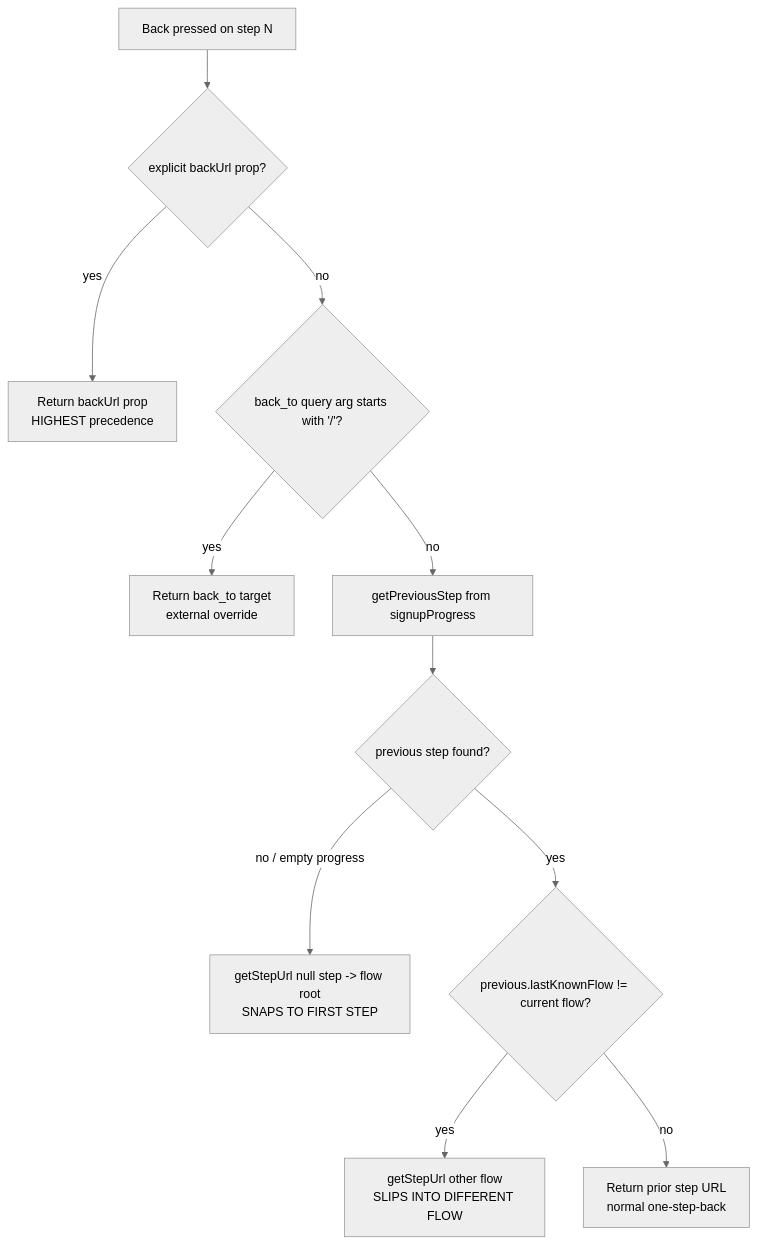
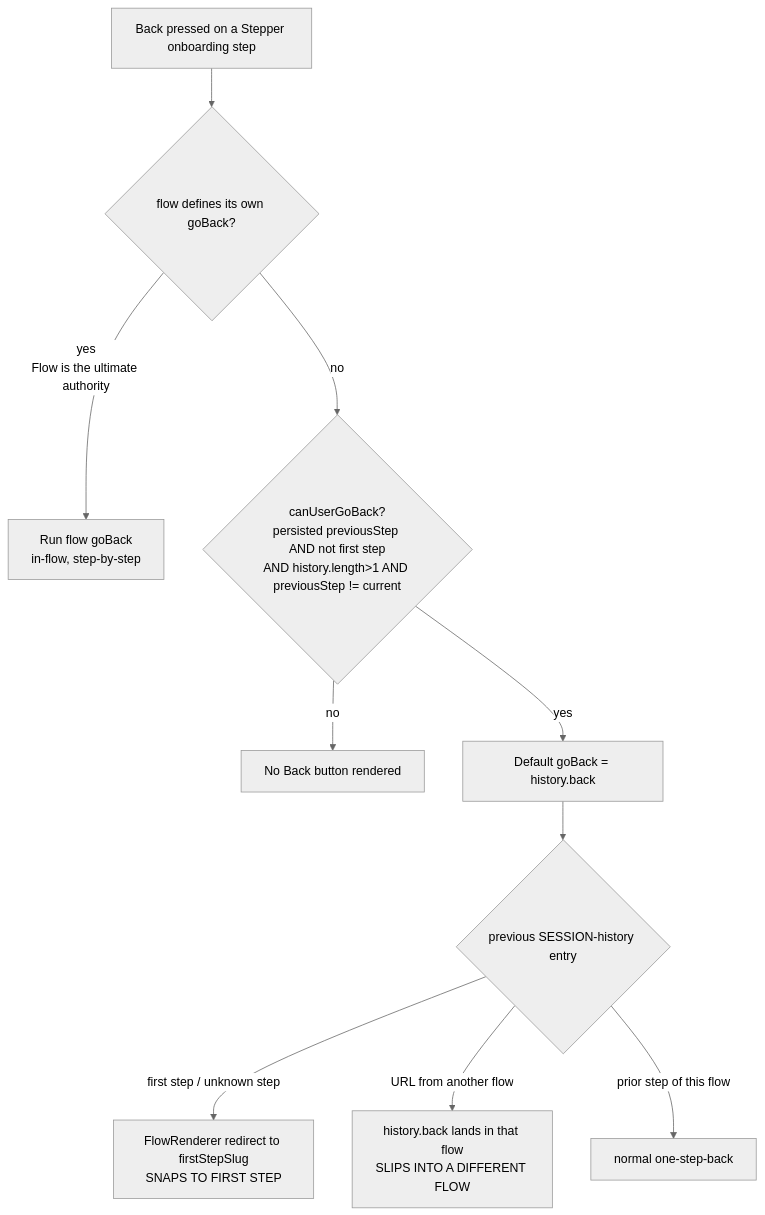
The diagram in blitzy/documentation/wp-calypso_be7e5cc64162.md (blitzy-research/wp-calypso), drawn with Mermaid (neutral theme) before and after one commit. The commit also changed other lines of this file, not shown here.

First line of the commit message:
docs(blitzy): correct onboarding Back-button diagnosis to canonical Stepper framework

````diff
--- a/blitzy/documentation/wp-calypso_be7e5cc64162.md
+++ b/blitzy/documentation/wp-calypso_be7e5cc64162.md
@@ -177,13 +196,12 @@
 ```mermaid
 flowchart TD
-    A[Back pressed on step N] --> B{explicit backUrl prop?}
-    B -- yes --> R1[Return backUrl prop<br/>HIGHEST precedence]
-    B -- no --> C{back_to query arg starts with '/'?}
-    C -- yes --> R2[Return back_to target<br/>external override]
-    C -- no --> D[getPreviousStep from signupProgress]
-    D --> E{previous step found?}
-    E -- no / empty progress --> R3[getStepUrl null step -> flow root<br/>SNAPS TO FIRST STEP]
-    E -- yes --> F{previous.lastKnownFlow != current flow?}
-    F -- yes --> R4[getStepUrl other flow<br/>SLIPS INTO DIFFERENT FLOW]
-    F -- no --> R5[Return prior step URL<br/>normal one-step-back]
+    A[Back pressed on a Stepper onboarding step] --> B{flow defines its own goBack?}
+    B -- yes<br/>Flow is the ultimate authority --> R1[Run flow goBack<br/>in-flow, step-by-step]
+    B -- no  --> C{canUserGoBack?<br/>persisted previousStep AND not first step<br/>AND history.length>1 AND previousStep != current}
+    C -- no --> H[No Back button rendered]
+    C -- yes --> D[Default goBack = history.back]
+    D --> E{previous SESSION-history entry}
+    E -- first step / unknown step --> R2[FlowRenderer redirect to firstStepSlug<br/>SNAPS TO FIRST STEP]
+    E -- URL from another flow --> R3[history.back lands in that flow<br/>SLIPS INTO A DIFFERENT FLOW]
+    E -- prior step of this flow --> R4[normal one-step-back]
 ```
````
